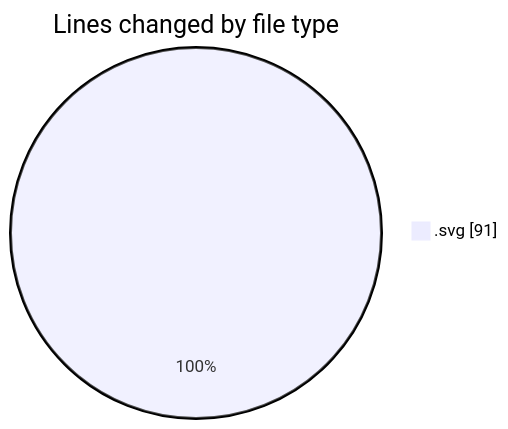
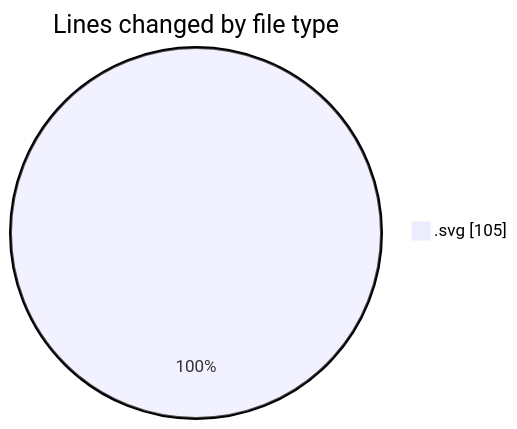
One commit to EIIisD/code-tracking changed the first of 2 diagrams in 2025-07-11/braintubers/README.md. Above: the diagram before and after it, drawn with Mermaid. The commit also changed other lines of this file and 1 other file, not shown here.

````diff
--- a/2025-07-11/braintubers/README.md
+++ b/2025-07-11/braintubers/README.md
@@ -21,5 +21,5 @@
 ```mermaid
 pie showData
 title Lines changed by file type
-".svg" : 91
+".svg" : 105
 ```
````
